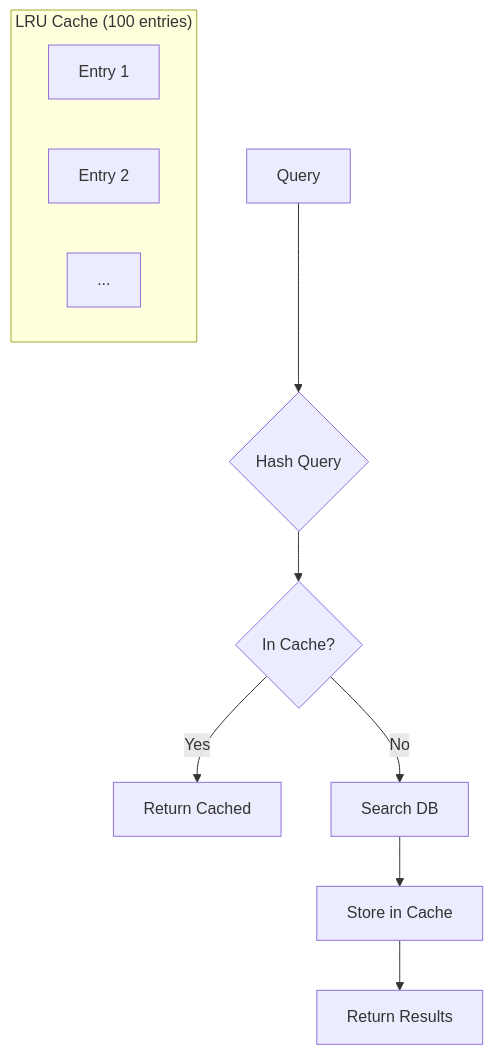
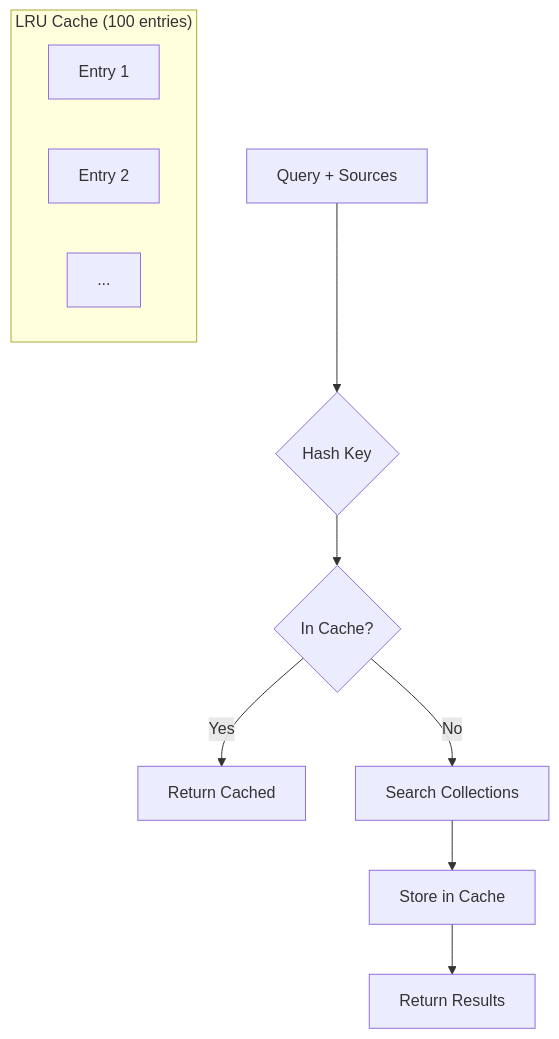
One commit to TheWinterShadow/Thoth changed the fifth of 7 diagrams in docs/source/architecture/mcp-server.md. Above: the diagram before and after it, drawn with Mermaid. The commit also changed other lines of this file and 27 other files, not shown here.

````diff
--- a/docs/source/architecture/mcp-server.md
+++ b/docs/source/architecture/mcp-server.md
@@ -176,15 +217,15 @@
 ```mermaid
 flowchart TB
-    Q[Query] --> H{Hash Query}
+    Q[Query + Sources] --> H{Hash Key}
     H --> C{In Cache?}
     C -->|Yes| R[Return Cached]
-    C -->|No| S[Search DB]
+    C -->|No| S[Search Collections]
     S --> ST[Store in Cache]
     ST --> R2[Return Results]
 
     subgraph Cache["LRU Cache (100 entries)"]
         E1[Entry 1]
         E2[Entry 2]
         EN[...]
     end
 ```
````
